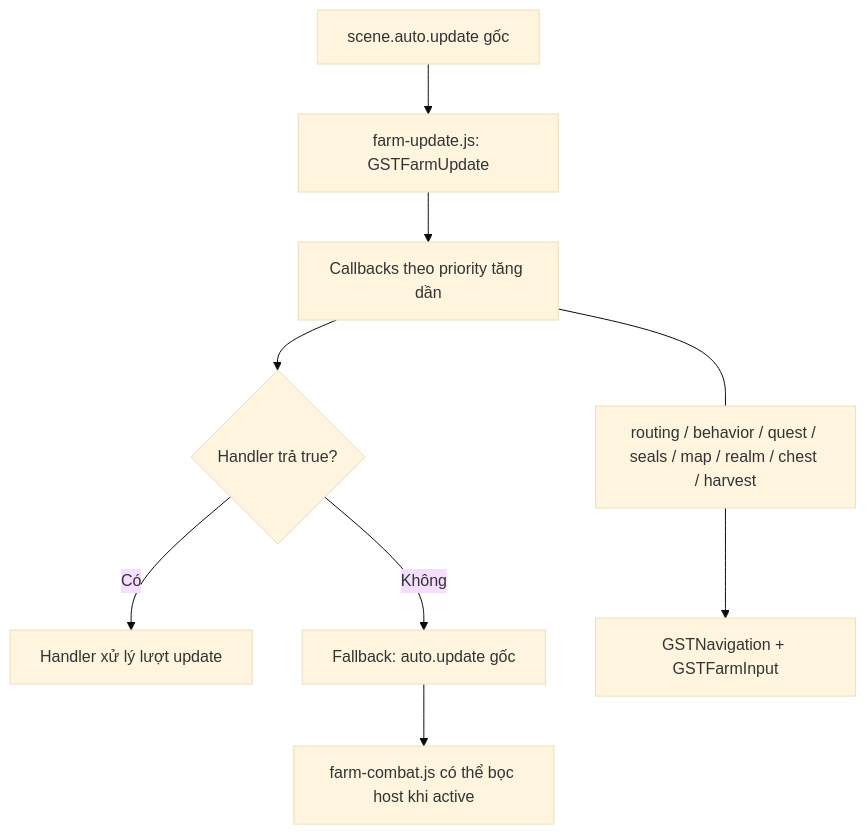
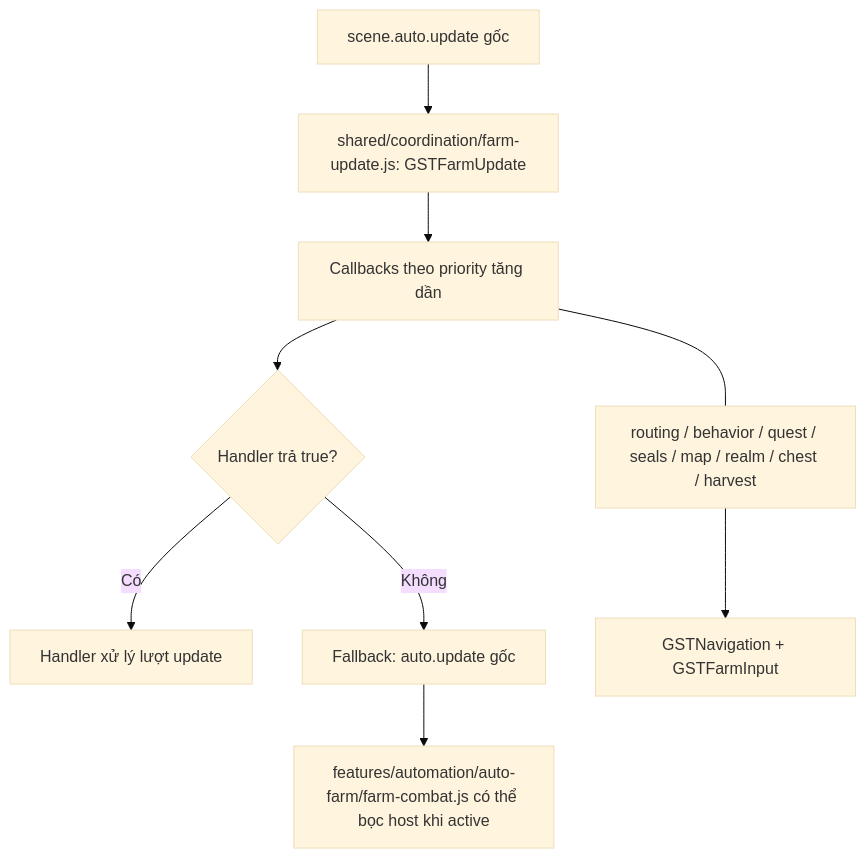
The second of 2 diagrams in CODEGRAPH.md (ThagMilky/game-speed-tester), drawn with Mermaid (base theme) before and after one commit. The commit also changed other lines of this file and 81 other files, not shown here.

````diff
--- a/CODEGRAPH.md
+++ b/CODEGRAPH.md
@@ -52,11 +52,11 @@
 ```mermaid
 flowchart TD
-  G["scene.auto.update gốc"] --> D["farm-update.js: GSTFarmUpdate"]
+  G["scene.auto.update gốc"] --> D["shared/coordination/farm-update.js: GSTFarmUpdate"]
   D --> H["Callbacks theo priority tăng dần"]
   H --> T{"Handler trả true?"}
   T -- Có --> O["Handler xử lý lượt update"]
   T -- Không --> N["Fallback: auto.update gốc"]
-  N --> C["farm-combat.js có thể bọc host khi active"]
+  N --> C["features/automation/auto-farm/farm-combat.js có thể bọc host khi active"]
   H --- F["routing / behavior / quest / seals / map / realm / chest / harvest"]
   F --> V["GSTNavigation + GSTFarmInput"]
 ```
````
